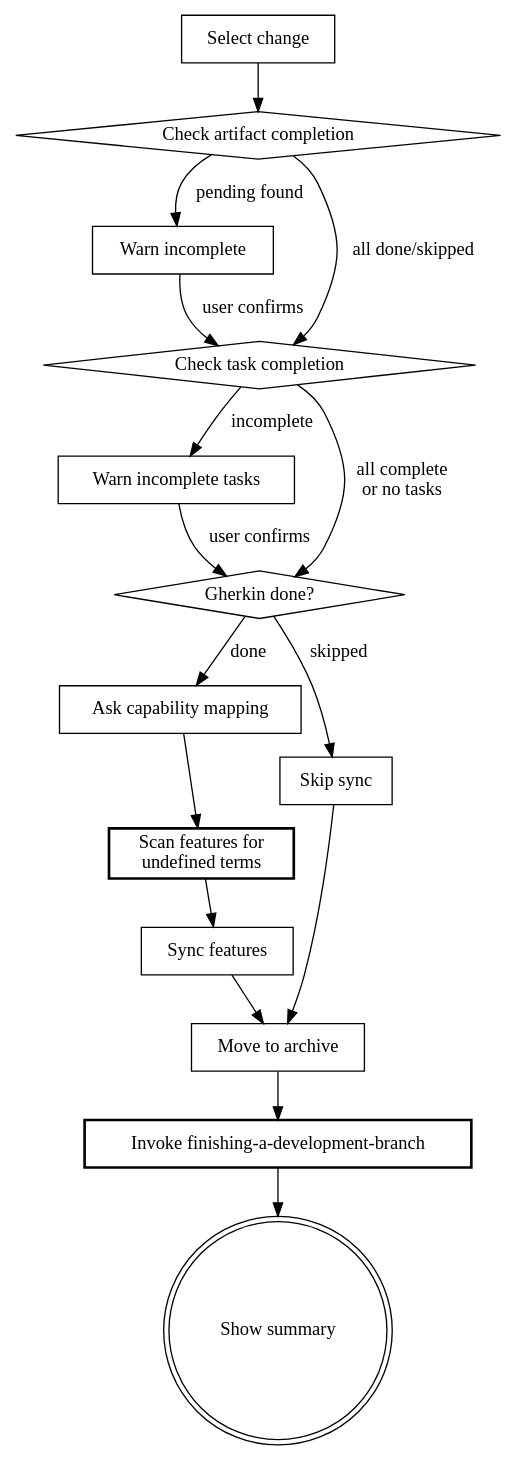
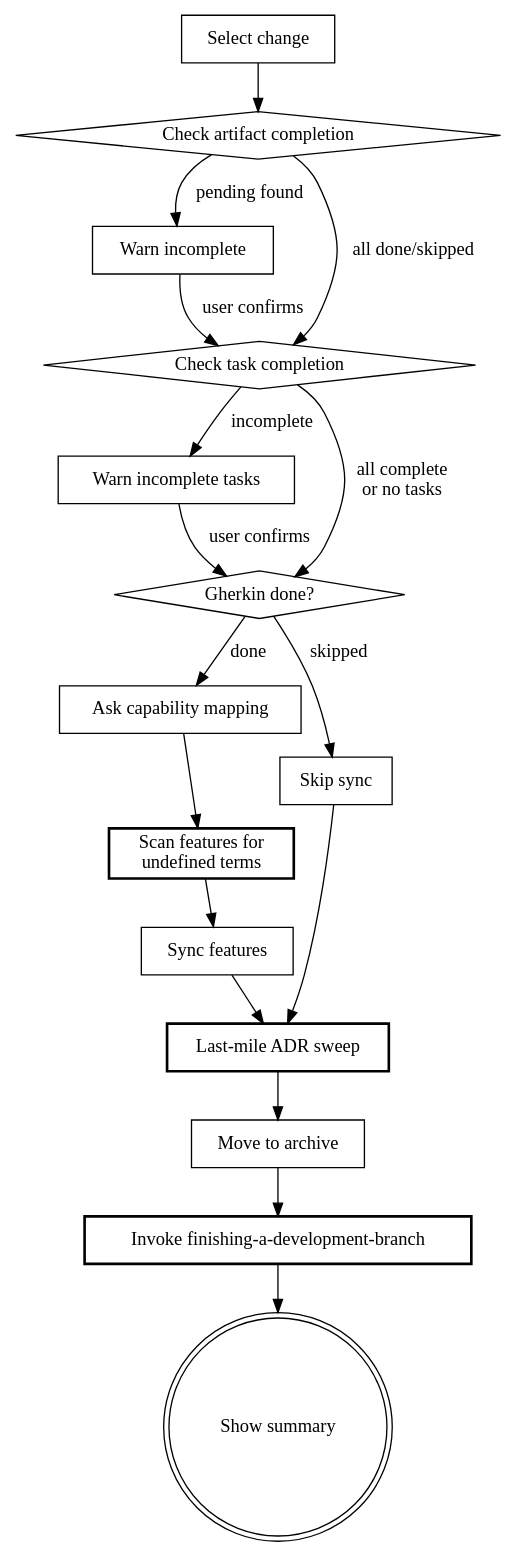
Before and after one commit to kirkchen/beat: the diagram in skills/archive/SKILL.md, drawn with Graphviz. The commit also changed other lines of this file, not shown here.

First line of the commit message:
feat(archive): last-mile ADR sweep before archiving the change

````diff
--- a/skills/archive/SKILL.md
+++ b/skills/archive/SKILL.md
@@ -46,33 +50,35 @@
 ```dot
 digraph archive {
     "Select change" [shape=box];
     "Check artifact completion" [shape=diamond];
     "Warn incomplete" [shape=box];
     "Check task completion" [shape=diamond];
     "Warn incomplete tasks" [shape=box];
     "Gherkin done?" [shape=diamond];
     "Ask capability mapping" [shape=box];
     "Scan features for\nundefined terms" [shape=box, style=bold];
     "Sync features" [shape=box];
     "Skip sync" [shape=box];
+    "Last-mile ADR sweep" [shape=box, style=bold];
     "Move to archive" [shape=box];
     "Invoke finishing-a-development-branch" [shape=box, style=bold];
     "Show summary" [shape=doublecircle];
 
     "Select change" -> "Check artifact completion";
     "Check artifact completion" -> "Warn incomplete" [label="pending found"];
     "Check artifact completion" -> "Check task completion" [label="all done/skipped"];
     "Warn incomplete" -> "Check task completion" [label="user confirms"];
     "Check task completion" -> "Warn incomplete tasks" [label="incomplete"];
     "Check task completion" -> "Gherkin done?" [label="all complete\nor no tasks"];
     "Warn incomplete tasks" -> "Gherkin done?" [label="user confirms"];
     "Gherkin done?" -> "Ask capability mapping" [label="done"];
     "Gherkin done?" -> "Skip sync" [label="skipped"];
     "Ask capability mapping" -> "Scan features for\nundefined terms";
     "Scan features for\nundefined terms" -> "Sync features";
-    "Sync features" -> "Move to archive";
-    "Skip sync" -> "Move to archive";
+    "Sync features" -> "Last-mile ADR sweep";
+    "Skip sync" -> "Last-mile ADR sweep";
+    "Last-mile ADR sweep" -> "Move to archive";
     "Move to archive" -> "Invoke finishing-a-development-branch";
     "Invoke finishing-a-development-branch" -> "Show summary";
 }
 ```
````
